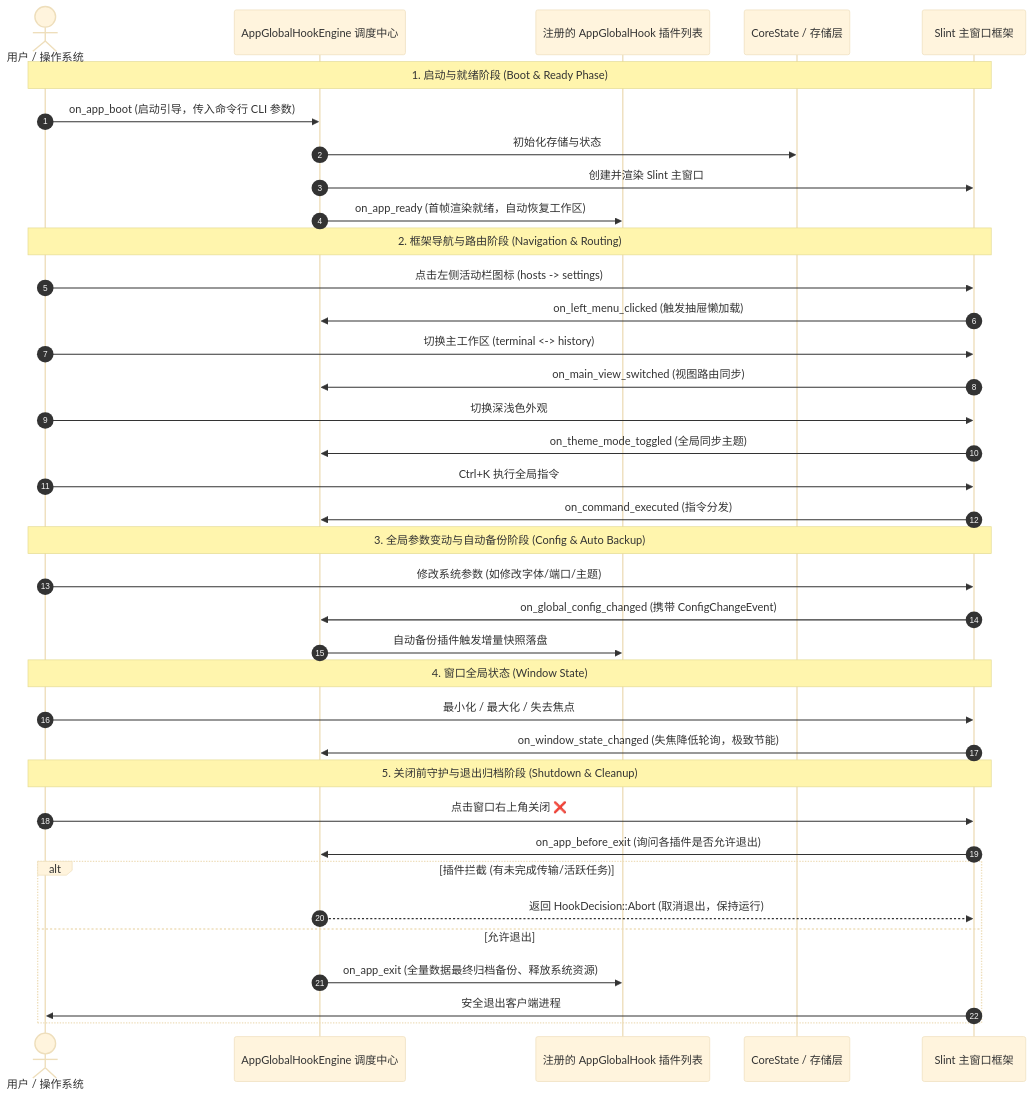
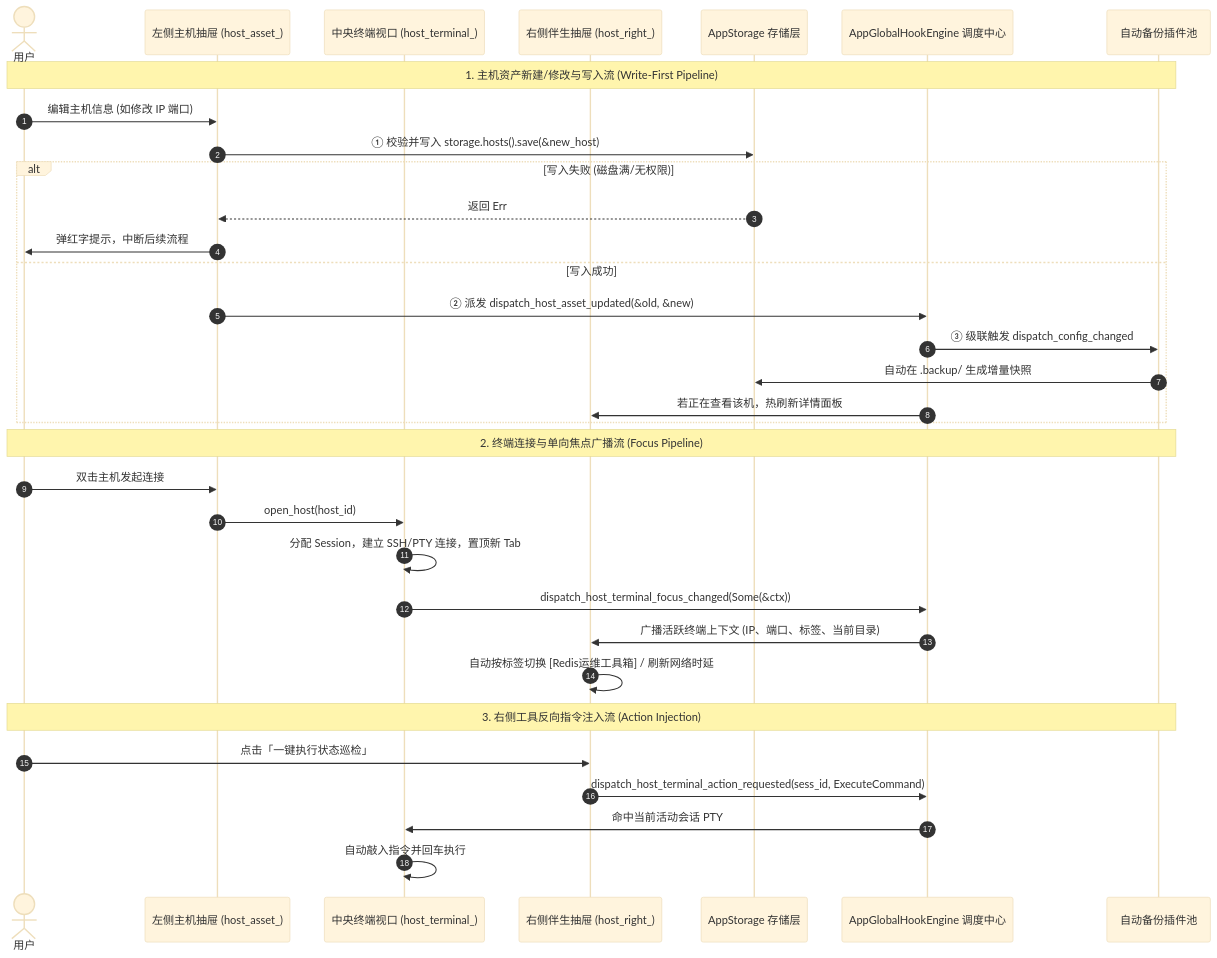
The diagram in crates/smagical-core/src/app_hook/README.md (smagicalk/smalux-ssh), drawn with Mermaid (base theme) before and after one commit. The commit also changed other lines of this file and 32 other files, not shown here.

````diff
--- a/crates/smagical-core/src/app_hook/README.md
+++ b/crates/smagical-core/src/app_hook/README.md
@@ -20,45 +25,38 @@
 ```mermaid
 sequenceDiagram
     autonumber
-    actor User as 用户 / 操作系统
+    actor User as 用户
+    participant Left as 左侧主机抽屉 (host_asset_)
+    participant Center as 中央终端视口 (host_terminal_)
+    participant Right as 右侧伴生抽屉 (host_right_)
+    participant Storage as AppStorage 存储层
     participant Engine as AppGlobalHookEngine 调度中心
-    participant Plugins as 注册的 AppGlobalHook 插件列表
-    participant Core as CoreState / 存储层
-    participant UI as Slint 主窗口框架
+    participant Backup as 自动备份插件池
 
-    Note over User, UI: 1. 启动与就绪阶段 (Boot & Ready Phase)
-    User->>Engine: on_app_boot (启动引导，传入命令行 CLI 参数)
-    Engine->>Core: 初始化存储与状态
-    Engine->>UI: 创建并渲染 Slint 主窗口
-    Engine->>Plugins: on_app_ready (首帧渲染就绪，自动恢复工作区)
+    Note over User, Backup: 1. 主机资产新建/修改与写入流 (Write-First Pipeline)
+    User->>Left: 编辑主机信息 (如修改 IP 端口)
+    Left->>Storage: ① 校验并写入 storage.hosts().save(&new_host)
+    alt 写入失败 (磁盘满/无权限)
+        Storage-->>Left: 返回 Err
+        Left->>User: 弹红字提示，中断后续流程
+    else 写入成功
+        Left->>Engine: ② 派发 dispatch_host_asset_updated(&old, &new)
+        Engine->>Backup: ③ 级联触发 dispatch_config_changed
+        Backup->>Storage: 自动在 .backup/ 生成增量快照
+        Engine->>Right: 若正在查看该机，热刷新详情面板
+    end
 
-    Note over User, UI: 2. 框架导航与路由阶段 (Navigation & Routing)
-    User->>UI: 点击左侧活动栏图标 (hosts -> settings)
-    UI->>Engine: on_left_menu_clicked (触发抽屉懒加载)
-    User->>UI: 切换主工作区 (terminal <-> history)
-    UI->>Engine: on_main_view_switched (视图路由同步)
-    User->>UI: 切换深浅色外观
-    UI->>Engine: on_theme_mode_toggled (全局同步主题)
-    User->>UI: Ctrl+K 执行全局指令
-    UI->>Engine: on_command_executed (指令分发)
+    Note over User, Backup: 2. 终端连接与单向焦点广播流 (Focus Pipeline)
+    User->>Left: 双击主机发起连接
+    Left->>Center: open_host(host_id)
+    Center->>Center: 分配 Session，建立 SSH/PTY 连接，置顶新 Tab
+    Center->>Engine: dispatch_host_terminal_focus_changed(Some(&ctx))
+    Engine->>Right: 广播活跃终端上下文 (IP、端口、标签、当前目录)
+    Right->>Right: 自动按标签切换 [Redis运维工具箱] / 刷新网络时延
 
-
-    Note over User, UI: 3. 全局参数变动与自动备份阶段 (Config & Auto Backup)
-    User->>UI: 修改系统参数 (如修改字体/端口/主题)
-    UI->>Engine: on_global_config_changed (携带 ConfigChangeEvent)
-    Engine->>Plugins: 自动备份插件触发增量快照落盘
-
-    Note over User, UI: 4. 窗口全局状态 (Window State)
-    User->>UI: 最小化 / 最大化 / 失去焦点
-    UI->>Engine: on_window_state_changed (失焦降低轮询，极致节能)
-
-    Note over User, UI: 5. 关闭前守护与退出归档阶段 (Shutdown & Cleanup)
-    User->>UI: 点击窗口右上角关闭 ❌
-    UI->>Engine: on_app_before_exit (询问各插件是否允许退出)
-    alt 插件拦截 (有未完成传输/活跃任务)
-        Engine-->>UI: 返回 HookDecision::Abort (取消退出，保持运行)
-    else 允许退出
-        Engine->>Plugins: on_app_exit (全量数据最终归档备份、释放系统资源)
-        UI->>User: 安全退出客户端进程
-    end
+    Note over User, Backup: 3. 右侧工具反向指令注入流 (Action Injection)
+    User->>Right: 点击「一键执行状态巡检」
+    Right->>Engine: dispatch_host_terminal_action_requested(sess_id, ExecuteCommand)
+    Engine->>Center: 命中当前活动会话 PTY
+    Center->>Center: 自动敲入指令并回车执行
 ```
````
